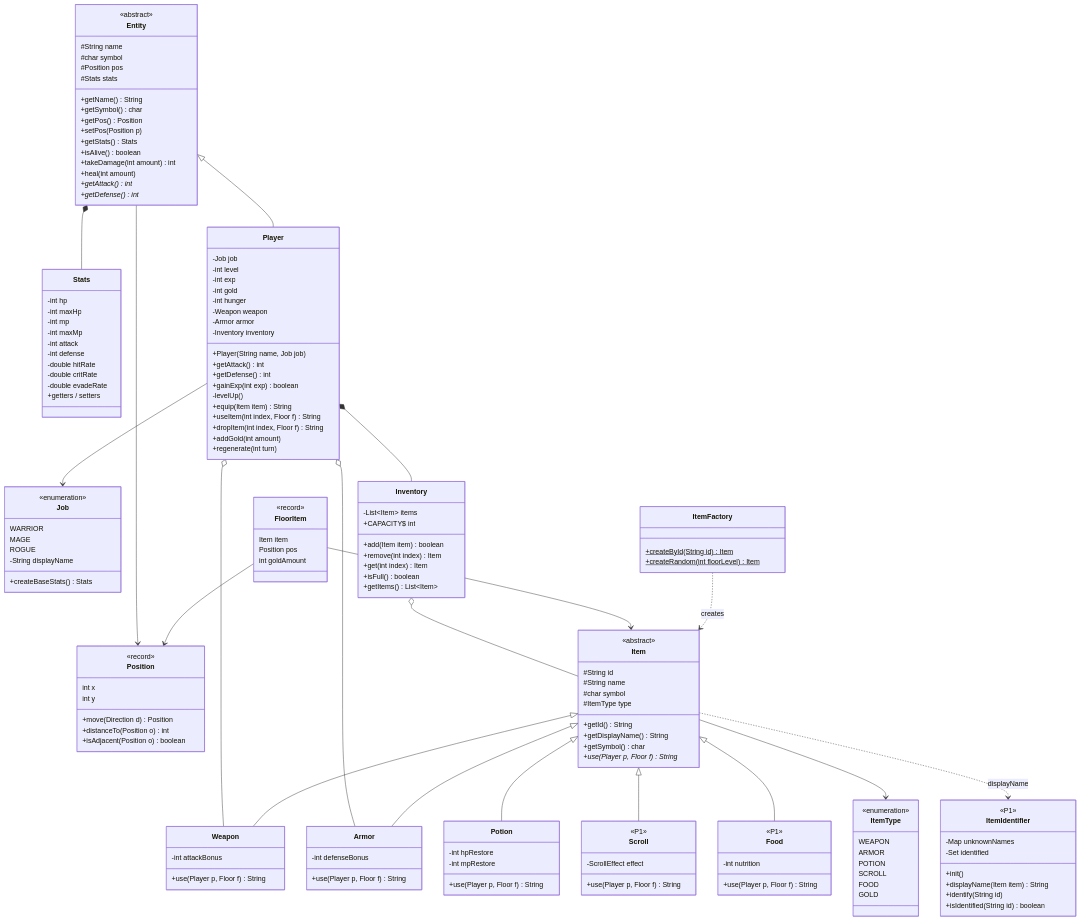
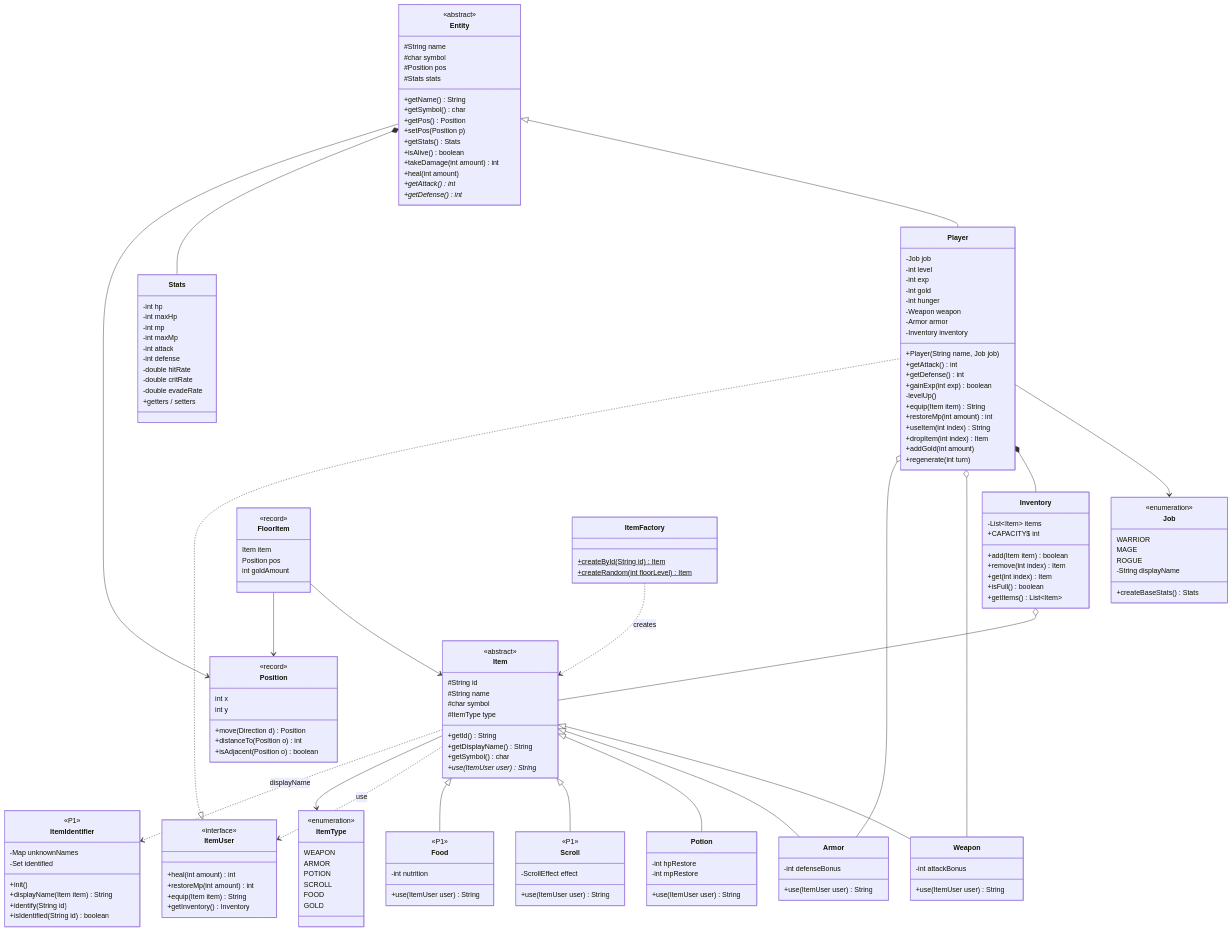
The third of 9 diagrams in docs/Class-Diagram.md (likelion-boot-camp-28th/side-project01-team01), drawn with Mermaid before and after one commit. The commit also changed other lines of this file and 6 other files, not shown here.

First line of the commit message:
refactor: ItemUser 도입으로 패키지 순환 참조 제거

```diff
--- a/docs/Class-Diagram.md
+++ b/docs/Class-Diagram.md
@@ -230,8 +248,9 @@
         +gainExp(int exp) boolean
         -levelUp()
         +equip(Item item) String
-        +useItem(int index, Floor f) String
-        +dropItem(int index, Floor f) String
+        +restoreMp(int amount) int
+        +useItem(int index) String
+        +dropItem(int index) Item
         +addGold(int amount)
         +regenerate(int turn)
     }
@@ -261,7 +280,7 @@
         +getId() String
         +getDisplayName() String
         +getSymbol() char
-        +use(Player p, Floor f)* String
+        +use(ItemUser user)* String
     }
     class ItemType {
         <<enumeration>>
@@ -274,26 +293,26 @@
     }
     class Weapon {
         -int attackBonus
-        +use(Player p, Floor f) String
+        +use(ItemUser user) String
     }
     class Armor {
         -int defenseBonus
-        +use(Player p, Floor f) String
+        +use(ItemUser user) String
     }
     class Potion {
         -int hpRestore
         -int mpRestore
-        +use(Player p, Floor f) String
+        +use(ItemUser user) String
     }
     class Scroll {
         <<P1>>
         -ScrollEffect effect
-        +use(Player p, Floor f) String
+        +use(ItemUser user) String
     }
     class Food {
         <<P1>>
         -int nutrition
-        +use(Player p, Floor f) String
+        +use(ItemUser user) String
     }
     class FloorItem {
         <<record>>
@@ -328,6 +347,15 @@
     Item <|-- Potion
     Item <|-- Scroll
     Item <|-- Food
+    class ItemUser {
+        <<interface>>
+        +heal(int amount) int
+        +restoreMp(int amount) int
+        +equip(Item item) String
+        +getInventory() Inventory
+    }
+    ItemUser <|.. Player
+    Item ..> ItemUser : use
     Item --> ItemType
     FloorItem --> Item
     FloorItem --> Position
```
